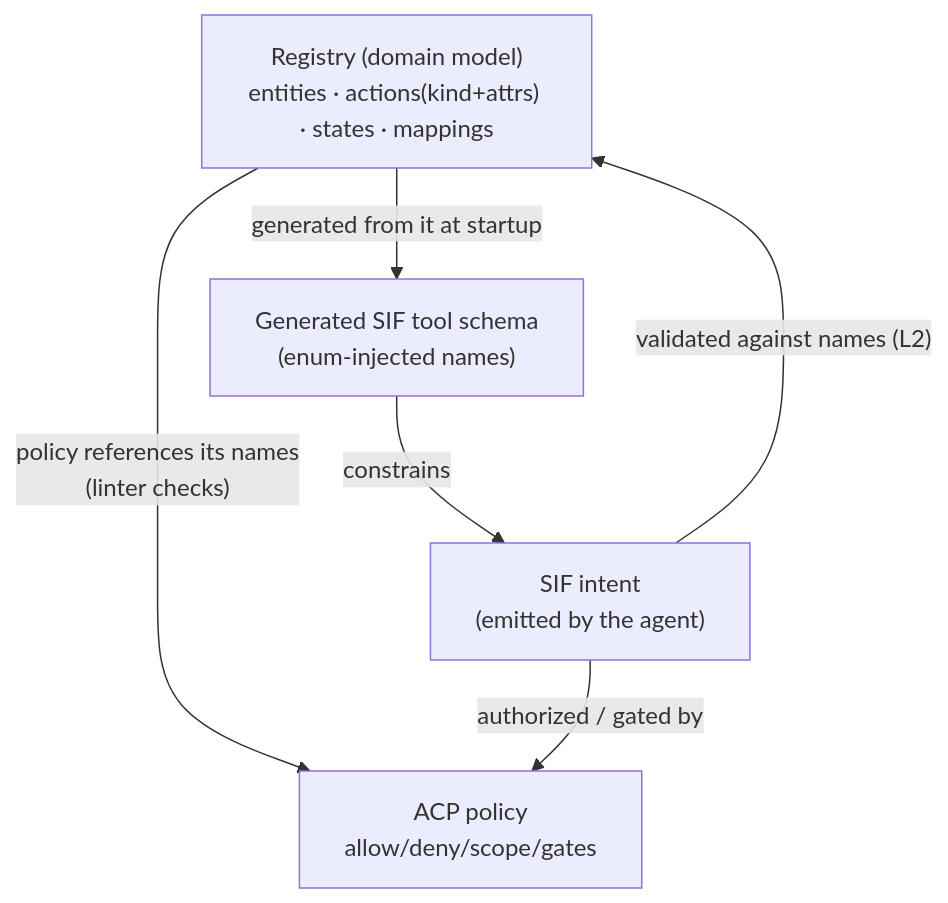
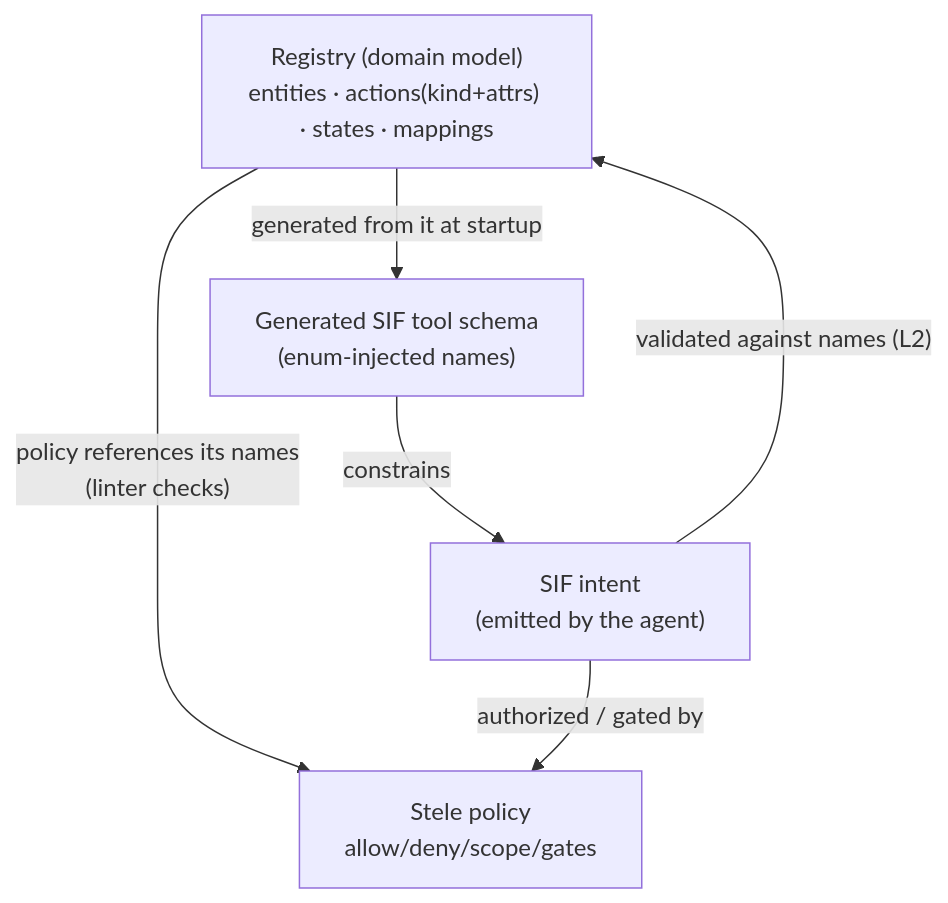
Before and after one commit to stonefold-ai/stonefold: the diagram in docs/07-artifacts-and-schemas.md, drawn with Mermaid. The commit also changed other lines of this file and 58 other files, not shown here.

First line of the commit message:
refactor(rename): semantic layer — prose ACP -> Stonefold | Stele

````diff
--- a/docs/07-artifacts-and-schemas.md
+++ b/docs/07-artifacts-and-schemas.md
@@ -46,13 +46,13 @@
 ```mermaid
 flowchart TD
     R["Registry (domain model)<br/>entities · actions(kind+attrs) · states · mappings"]
-    P["ACP policy<br/>allow/deny/scope/gates"]
+    P["Stele policy<br/>allow/deny/scope/gates"]
     G["Generated SIF tool schema<br/>(enum-injected names)"]
     I["SIF intent<br/>(emitted by the agent)"]
 
     R -- "policy references its names<br/>(linter checks)" --> P
     R -- "generated from it at startup" --> G
     G -- "constrains" --> I
     I -- "validated against names (L2)" --> R
     I -- "authorized / gated by" --> P
 ```
````
